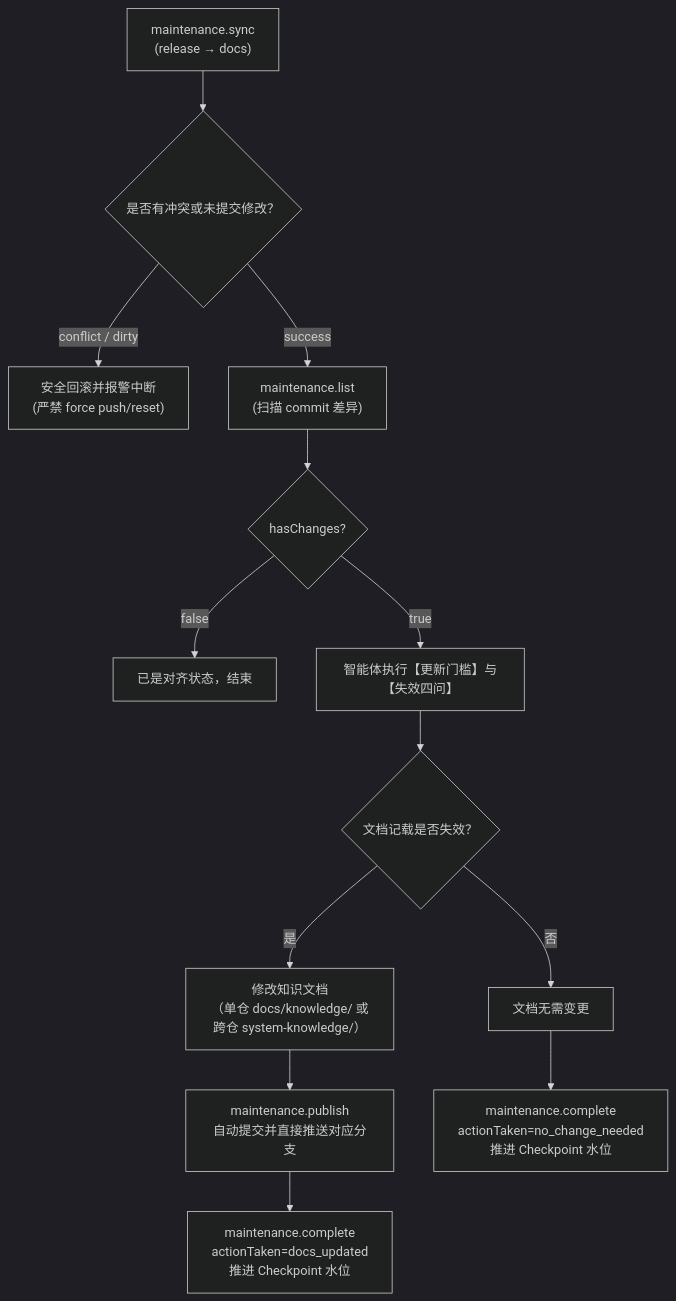
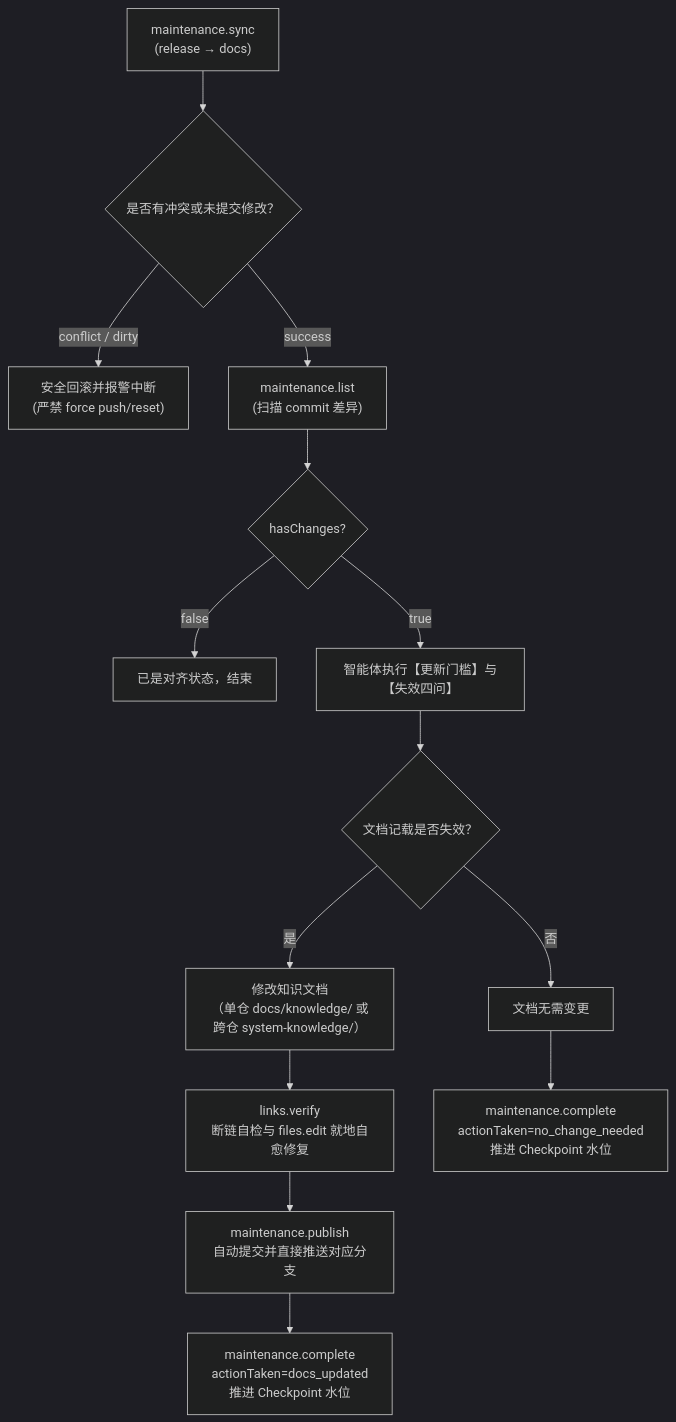
Before and after one commit to fjay/actiondock-workspace: the diagram in skills/project-knowledge-maintainer/references/maintenance.md, drawn with Mermaid (dark theme). The commit also changed other lines of this file and 4 other files, not shown here.

````diff
--- a/skills/project-knowledge-maintainer/references/maintenance.md
+++ b/skills/project-knowledge-maintainer/references/maintenance.md
@@ -81,15 +81,16 @@
 ```mermaid
 flowchart TD
     A["maintenance.sync<br>(release → docs)"] --> B{"是否有冲突或未提交修改？"}
     B -->|"conflict / dirty"| C["安全回滚并报警中断<br>(严禁 force push/reset)"]
     B -->|"success"| D["maintenance.list<br>(扫描 commit 差异)"]
     D --> E{"hasChanges?"}
     E -->|"false"| F["已是对齐状态，结束"]
     E -->|"true"| G["智能体执行【更新门槛】与【失效四问】"]
     G --> H{"文档记载是否失效？"}
     H -->|"是"| I["修改知识文档<br>（单仓 docs/knowledge/ 或跨仓 system-knowledge/）"]
     H -->|"否"| J["文档无需变更"]
-    I --> P["maintenance.publish<br>自动提交并直接推送对应分支"]
+    I --> V["links.verify<br>断链自检与 files.edit 就地自愈修复"]
+    V --> P["maintenance.publish<br>自动提交并直接推送对应分支"]
     P --> K["maintenance.complete<br>actionTaken=docs_updated<br>推进 Checkpoint 水位"]
     J --> L["maintenance.complete<br>actionTaken=no_change_needed<br>推进 Checkpoint 水位"]
 ```
````
